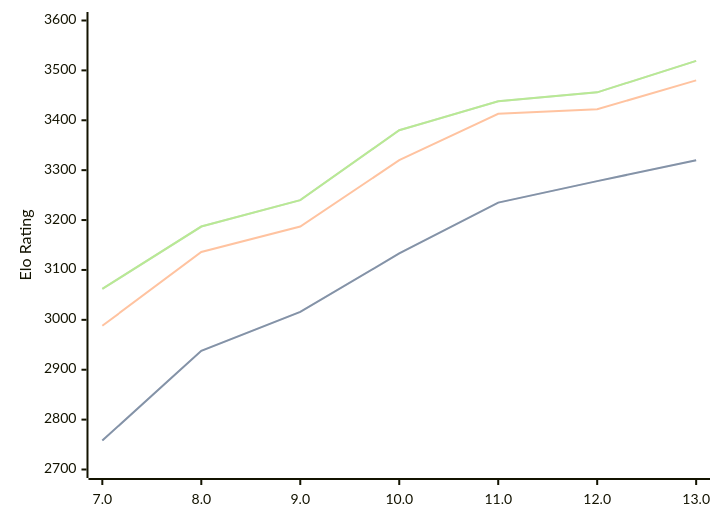
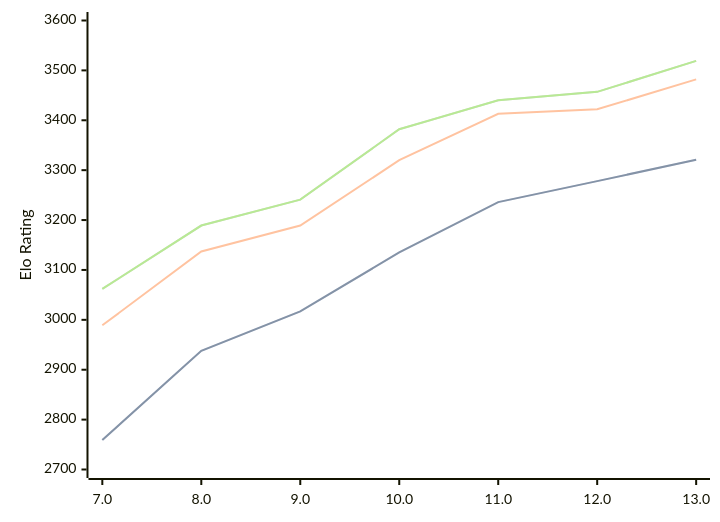
Before and after one commit to computer-chess-index/cci: the diagram in engines/Tcheran.md, drawn with Mermaid. The commit also changed other lines of this file, not shown here.

Commit message:
Update CCI Ratings (ELO VLTC) - 2026-08-21

````diff
--- a/engines/Tcheran.md
+++ b/engines/Tcheran.md
@@ -37,11 +37,11 @@
 ```mermaid
 %%{init: {"theme":"base","themeVariables":{"seriesColors:['#a3a3a3','#222221','#faa371']}}}%%
 xychart-beta
   x-axis ["7.0", "8.0", "9.0", "10.0", "11.0", "12.0", "13.0"]
   y-axis "Elo Rating" 2700 --> 3600
-  line "STC (8.0+0.08s)" [2758, 2938, 3016, 3133, 3235, 3278, 3320]
-  line "STC (8.0+0.08s)" [2758, 2938, 3016, 3133, 3235, 3278, 3320]
-  line "LTC (60.0+0.60s)" [2988, 3136, 3187, 3320, 3413, 3422, 3480]
-  line "VLTC (2m24s+1.12s)" [3062, 3187, 3240, 3380, 3438, 3456, 3519]
-  line "VLTC (2m24s+1.12s)" [3062, 3187, 3240, 3380, 3438, 3456, 3519]
+  line "STC (8.0+0.08s)" [2759, 2938, 3017, 3135, 3236, 3278, 3321]
+  line "STC (8.0+0.08s)" [2759, 2938, 3017, 3135, 3236, 3278, 3321]
+  line "LTC (60.0+0.60s)" [2989, 3137, 3189, 3320, 3413, 3422, 3482]
+  line "VLTC (2m24s+1.12s)" [3062, 3189, 3241, 3382, 3440, 3457, 3519]
+  line "VLTC (2m24s+1.12s)" [3062, 3189, 3241, 3382, 3440, 3457, 3519]
 ```
````
